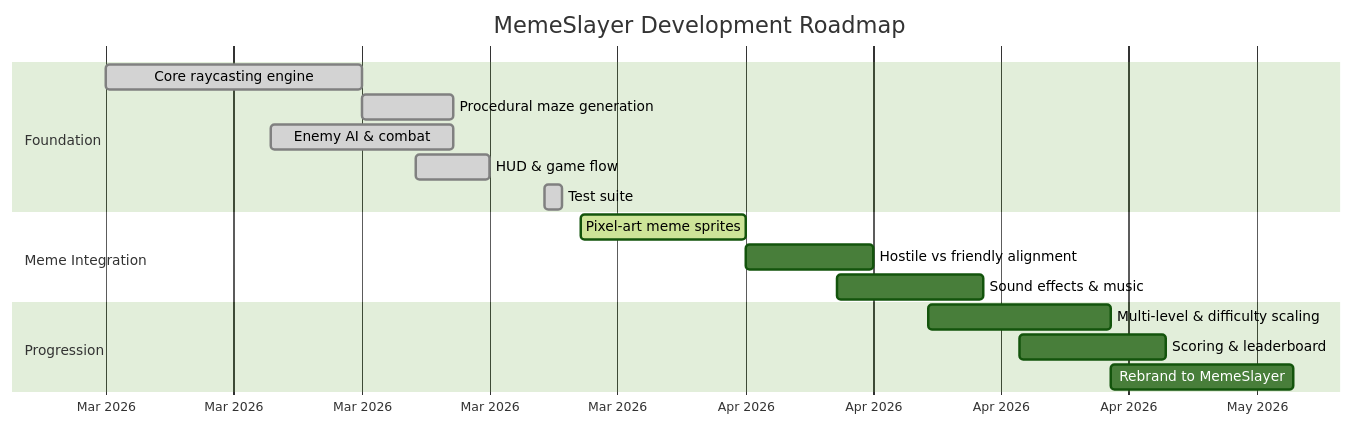
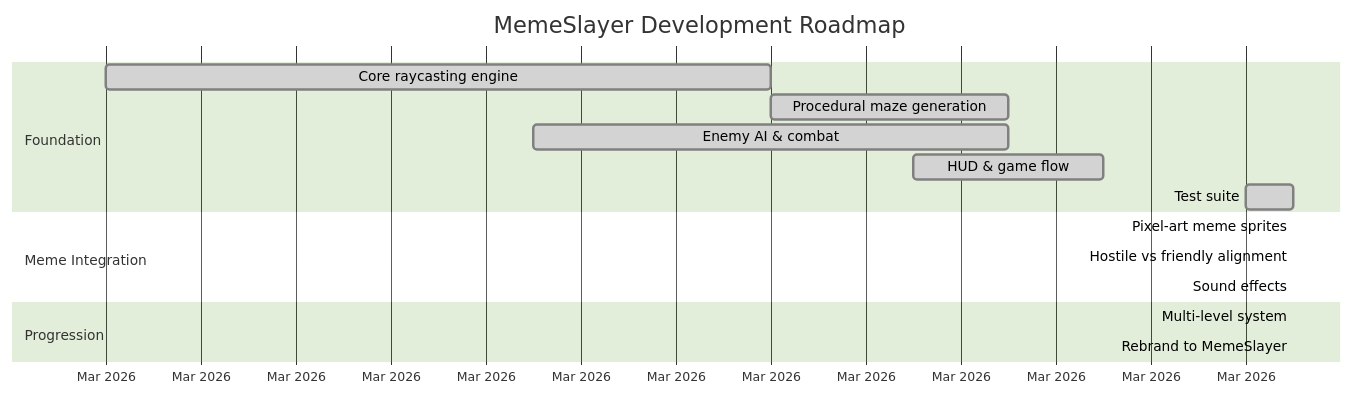
Before and after one commit to msant77/FlutterPS: the diagram in README.md, drawn with Mermaid (forest theme). The commit also changed other lines of this file and 5 other files, not shown here.

First line of the commit message:
feat: rebrand to MemeSlayer with new title screen (#7)

````diff
--- a/README.md
+++ b/README.md
@@ -25,23 +52,22 @@
 ```mermaid
 gantt
     title MemeSlayer Development Roadmap
     dateFormat YYYY-MM-DD
     axisFormat %b %Y
 
     section Foundation
     Core raycasting engine           :done,    core,    2026-03-01, 2026-03-15
     Procedural maze generation       :done,    maze,    2026-03-15, 2026-03-20
     Enemy AI & combat                :done,    ai,      2026-03-10, 2026-03-20
     HUD & game flow                  :done,    hud,     2026-03-18, 2026-03-22
     Test suite                       :done,    tests,   2026-03-25, 2026-03-26
 
     section Meme Integration
-    Pixel-art meme sprites           :active,  sprites, 2026-03-27, 2026-04-05
-    Hostile vs friendly alignment    :         align,   2026-04-05, 2026-04-12
-    Sound effects & music            :         audio,   2026-04-10, 2026-04-18
+    Pixel-art meme sprites           :done,    sprites, 2026-03-26, 2026-03-26
+    Hostile vs friendly alignment    :done,    align,   2026-03-26, 2026-03-26
+    Sound effects                    :done,    audio,   2026-03-26, 2026-03-26
 
     section Progression
-    Multi-level & difficulty scaling :         levels,  2026-04-15, 2026-04-25
-    Scoring & leaderboard            :         score,   2026-04-20, 2026-04-28
-    Rebrand to MemeSlayer            :         brand,   2026-04-25, 2026-05-05
+    Multi-level system               :done,    levels,  2026-03-26, 2026-03-26
+    Rebrand to MemeSlayer            :done,    brand,   2026-03-26, 2026-03-26
 ```
````
